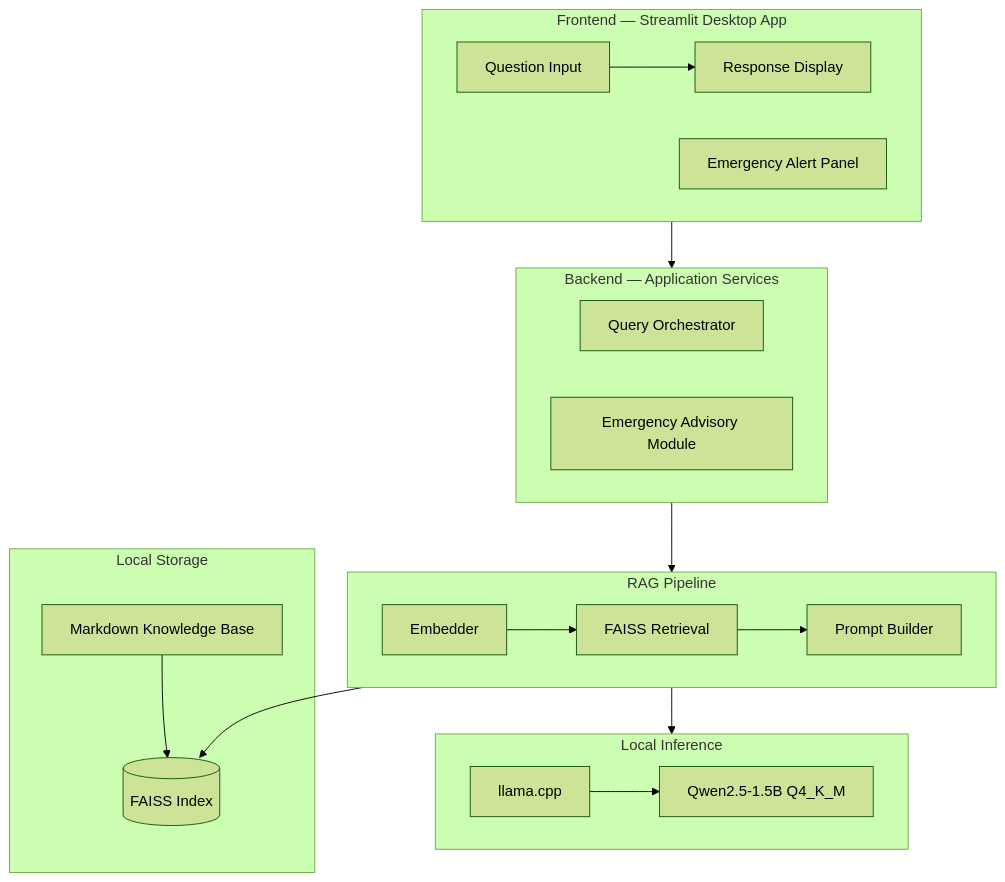
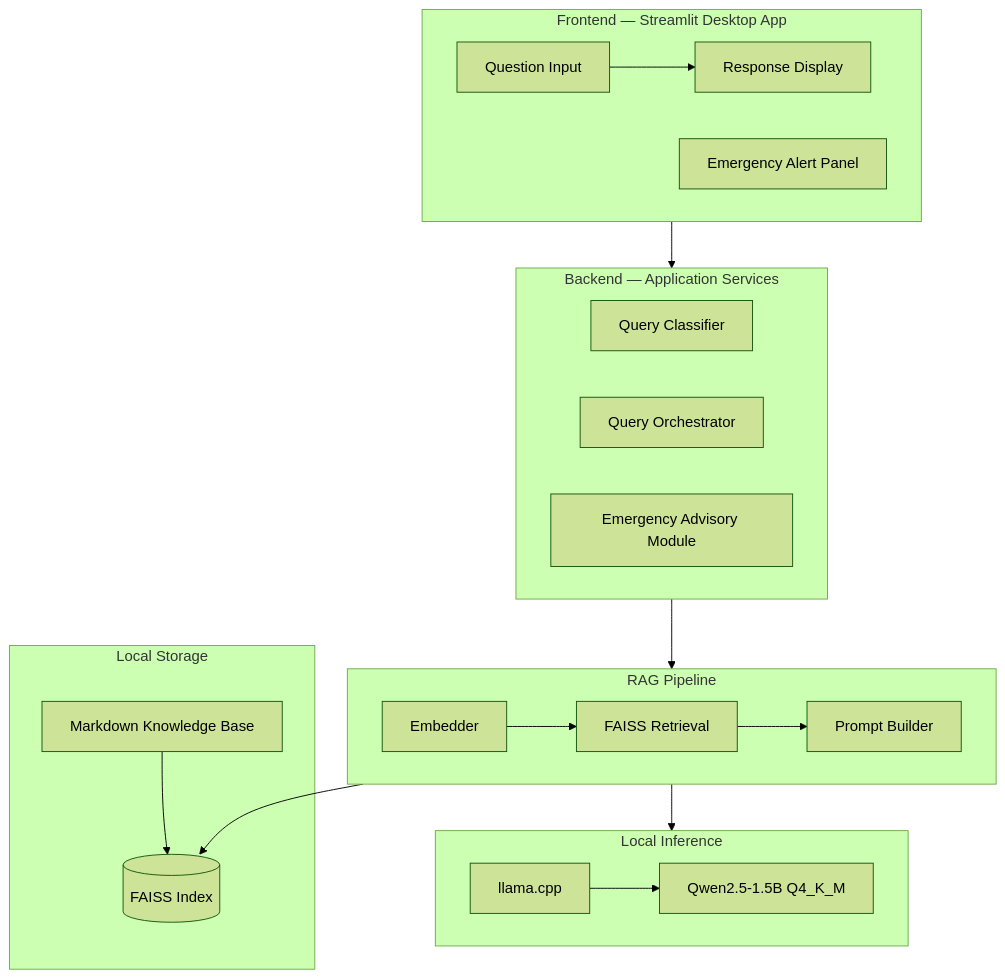
The diagram in README.md (zulyadainimuhammad/poultryguard-ai), drawn with Mermaid (forest theme) before and after one commit. The commit also changed other lines of this file and 10 other files, not shown here.

Commit message:
docs(architecture): refine system design and knowledge base structure

````diff
--- a/README.md
+++ b/README.md
@@ -28,31 +28,32 @@
 ```mermaid
 graph TD
     subgraph UI["Frontend — Streamlit Desktop App"]
         Q[Question Input] --> R[Response Display]
         E[Emergency Alert Panel]
     end
 
     subgraph Backend["Backend — Application Services"]
+        QC[Query Classifier]
         O[Query Orchestrator]
         EM[Emergency Advisory Module]
     end
 
     subgraph RAG["RAG Pipeline"]
         EMB[Embedder] --> RET[FAISS Retrieval] --> PB[Prompt Builder]
     end
 
     subgraph Inference["Local Inference"]
         LC[llama.cpp] --> GGUF[Qwen2.5-1.5B Q4_K_M]
     end
 
     subgraph Storage["Local Storage"]
         KB[Markdown Knowledge Base]
         VS[(FAISS Index)]
     end
 
     UI --> Backend
     Backend --> RAG
     RAG --> VS
     RAG --> Inference
     KB --> VS
 ```
````
